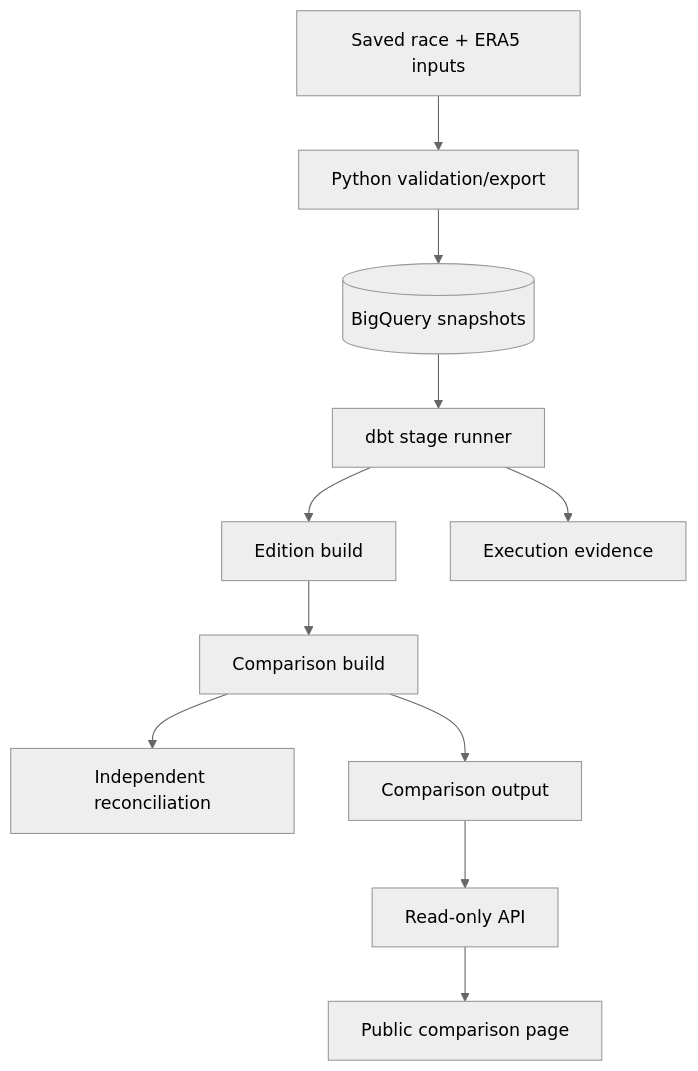
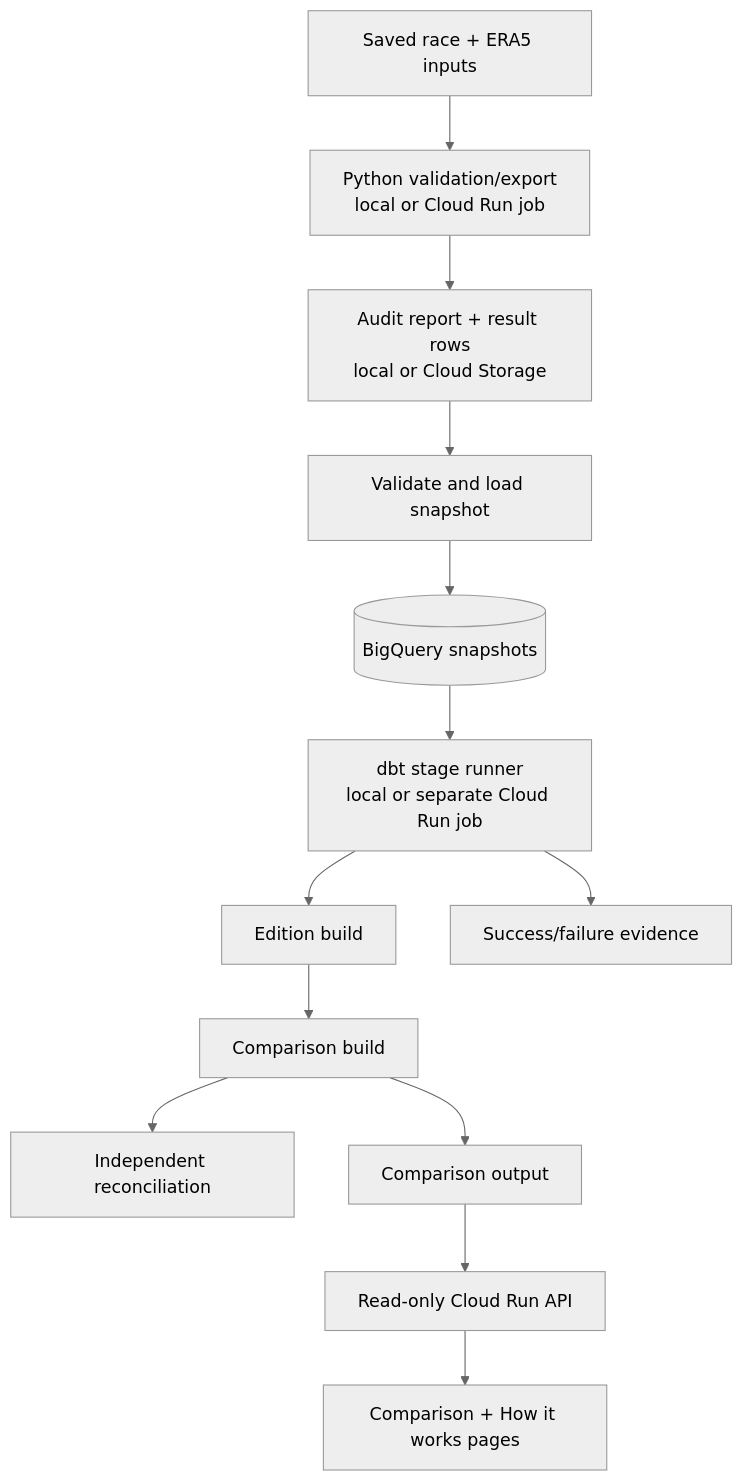
Before and after one commit to mifuha/runwx: the diagram in README.md, drawn with Mermaid (neutral theme). The commit also changed other lines of this file and 7 other files, not shown here.

Commit message:
Bring runwx README and diagrams up to date (#51)

````diff
--- a/README.md
+++ b/README.md
@@ -48,13 +50,15 @@
 ```mermaid
 flowchart TD
-    inputs["Saved race + ERA5 inputs"] --> python["Python validation/export"]
-    python --> snapshots[("BigQuery snapshots")]
-    snapshots --> runner["dbt stage runner"]
+    inputs["Saved race + ERA5 inputs"] --> export["Python validation/export<br/>local or Cloud Run job"]
+    export --> artifacts["Audit report + result rows<br/>local or Cloud Storage"]
+    artifacts --> loader["Validate and load snapshot"]
+    loader --> snapshots[("BigQuery snapshots")]
+    snapshots --> runner["dbt stage runner<br/>local or separate Cloud Run job"]
     runner --> edition["Edition build"]
     edition --> comparison["Comparison build"]
     comparison --> reconciliation["Independent reconciliation"]
     comparison --> output["Comparison output"]
-    output --> api["Read-only API"]
-    api --> page["Public comparison page"]
-    runner --> evidence["Execution evidence"]
+    output --> api["Read-only Cloud Run API"]
+    api --> page["Comparison + How it works pages"]
+    runner --> evidence["Success/failure evidence"]
 ```
````
